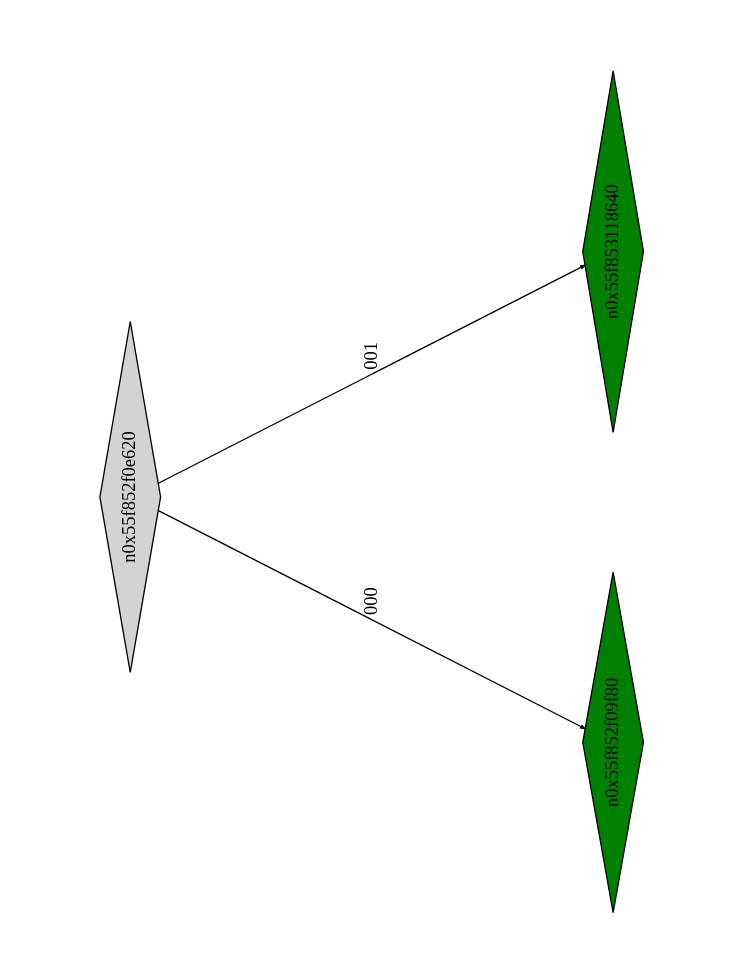
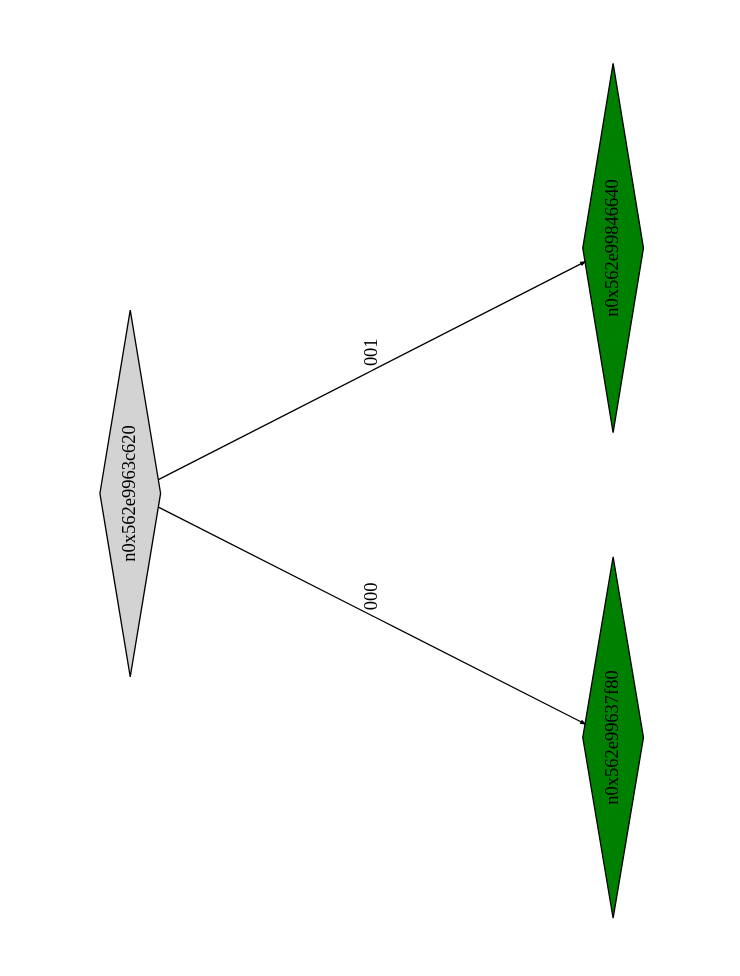
Before and after one commit to Research-Tools-PAVT/PSE-Program-Examples: the diagram in example3_klee_out/ptree_00000263.dot, drawn with Graphviz. The commit also changed 51 other files, not shown here.

```diff
--- a/example3_klee_out/ptree_00000263.dot
+++ b/example3_klee_out/ptree_00000263.dot
@@ -1,13 +1,13 @@
 digraph G {
 	size="10,7.5";
 	ratio=fill;
 	rotate=90;
 	center = "true";
 	node [style="filled",width=.1,height=.1,fontname="Terminus"]
 	edge [arrowsize=.3]
-	n0x55f852f0e620 [shape=diamond];
-	n0x55f852f0e620 -> n0x55f852f09f80 [label=000];
-	n0x55f852f0e620 -> n0x55f853118640 [label=001];
-	n0x55f853118640 [shape=diamond,fillcolor=green];
-	n0x55f852f09f80 [shape=diamond,fillcolor=green];
+	n0x562e9963c620 [shape=diamond];
+	n0x562e9963c620 -> n0x562e99637f80 [label=000];
+	n0x562e9963c620 -> n0x562e99846640 [label=001];
+	n0x562e99846640 [shape=diamond,fillcolor=green];
+	n0x562e99637f80 [shape=diamond,fillcolor=green];
 }
```
